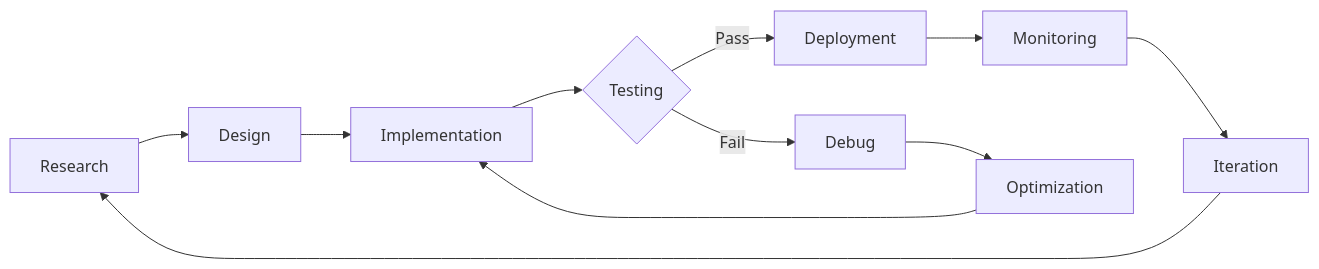
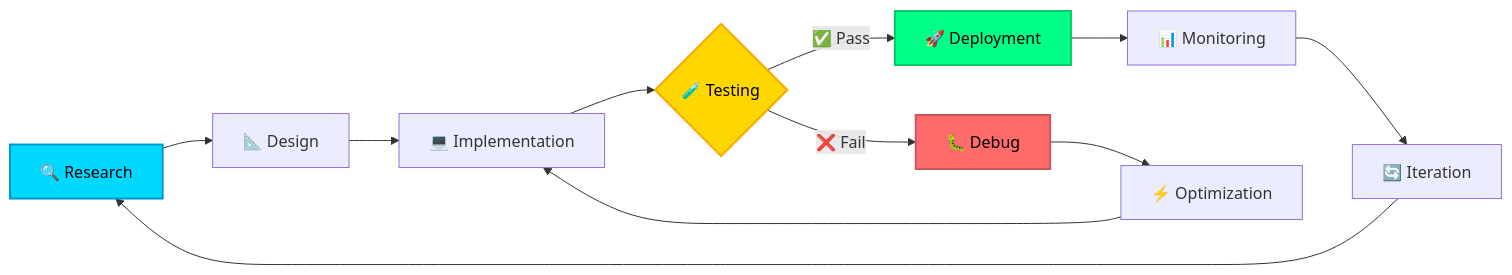
One commit to Sachin-M-29/Sachin-M-29 changed the diagram in README.md. Above: the diagram before and after it, drawn with Mermaid. The commit also changed other lines of this file, not shown here.

````diff
--- a/README.md
+++ b/README.md
@@ -243,13 +247,18 @@
 ```mermaid
 graph LR
-    A[Research] --> B[Design]
-    B --> C[Implementation]
-    C --> D{Testing}
-    D -->|Pass| E[Deployment]
-    D -->|Fail| F[Debug]
-    F --> G[Optimization]
+    A[🔍 Research] --> B[📐 Design]
+    B --> C[💻 Implementation]
+    C --> D{🧪 Testing}
+    D -->|✅ Pass| E[🚀 Deployment]
+    D -->|❌ Fail| F[🐛 Debug]
+    F --> G[⚡ Optimization]
     G --> C
-    E --> H[Monitoring]
-    H --> I[Iteration]
+    E --> H[📊 Monitoring]
+    H --> I[🔄 Iteration]
     I --> A
+    
+    style A fill:#00D9FF,stroke:#0099CC,stroke-width:2px,color:#000
+    style E fill:#00FF88,stroke:#00CC66,stroke-width:2px,color:#000
+    style D fill:#FFD700,stroke:#FFA500,stroke-width:2px,color:#000
+    style F fill:#FF6B6B,stroke:#CC5555,stroke-width:2px,color:#000
 ```
````
